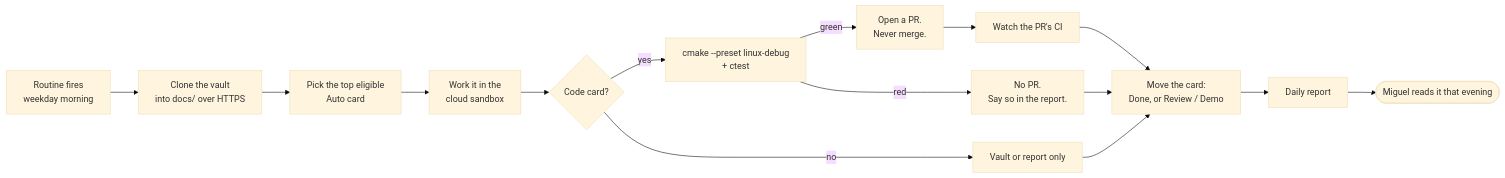
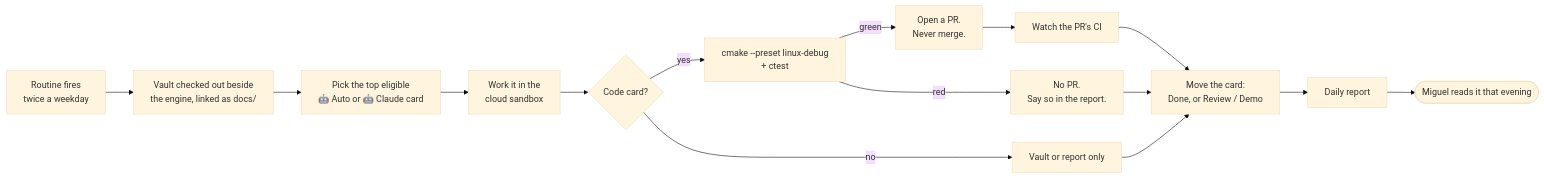
Before and after one commit to techattackteam/TechEngine-vault: the diagram in 08 AI/Autonomous Lane - Design.md, drawn with Mermaid (base theme). The commit also changed other lines of this file and 6 other files, not shown here.

````diff
--- a/08 AI/Autonomous Lane - Design.md
+++ b/08 AI/Autonomous Lane - Design.md
@@ -72,17 +72,17 @@
 ```mermaid
 flowchart LR
-    R["Routine fires<br/>weekday morning"] --> D["Clone the vault<br/>into docs/ over HTTPS"]
-    D --> C["Pick the top eligible<br/>Auto card"]
+    R["Routine fires<br/>twice a weekday"] --> D["Vault checked out beside<br/>the engine, linked as docs/"]
+    D --> C["Pick the top eligible<br/>🤖 Auto or 🤖 Claude card"]
     C --> W["Work it in the<br/>cloud sandbox"]
     W --> B{"Code card?"}
     B -->|yes| V["cmake --preset linux-debug<br/>+ ctest"]
     B -->|no| N["Vault or report only"]
     V -->|green| P["Open a PR.<br/>Never merge."]
     V -->|red| X["No PR.<br/>Say so in the report."]
     P --> CI["Watch the PR's CI"]
     CI --> MV["Move the card:<br/>Done, or Review / Demo"]
     X --> MV
     N --> MV
     MV --> REP["Daily report"]
     REP --> M(["Miguel reads it that evening"])
 ```
````
